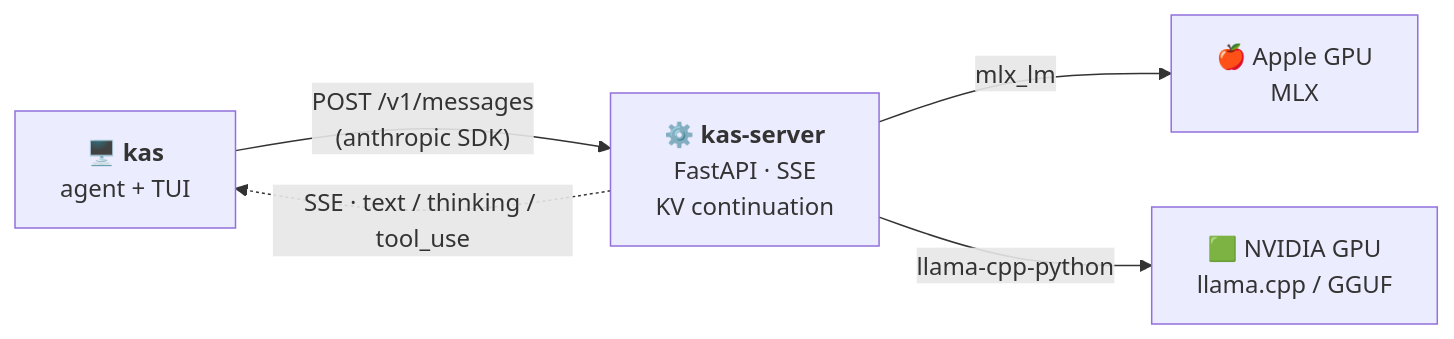
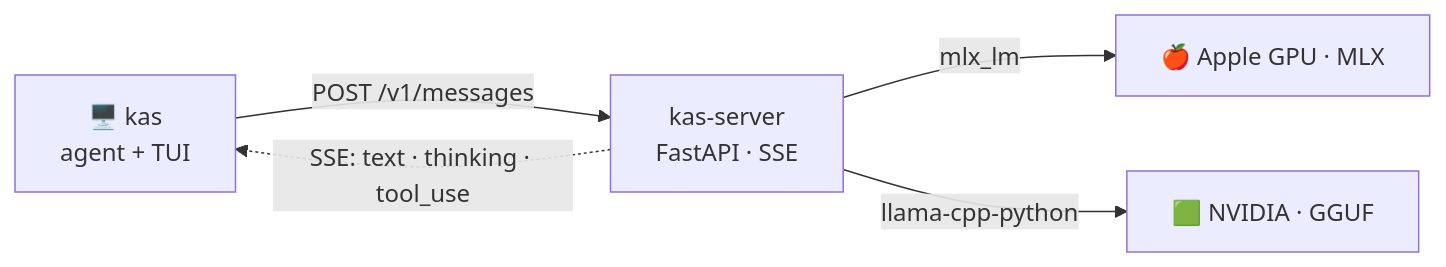
The diagram in README.md (quantumwake/kascode), drawn with Mermaid before and after one commit. The commit also changed other lines of this file and 1 other file, not shown here.

````diff
--- a/README.md
+++ b/README.md
@@ -25,11 +15,7 @@
 ```mermaid
 flowchart LR
-    kas["🖥️ <b>kas</b><br/>agent + TUI"]
-    srv["⚙️ <b>kas-server</b><br/>FastAPI · SSE<br/>KV continuation"]
-    apple["🍎 Apple GPU<br/>MLX"]
-    nvidia["🟩 NVIDIA GPU<br/>llama.cpp / GGUF"]
-    kas -->|"POST /v1/messages<br/>(anthropic SDK)"| srv
-    srv -->|"mlx_lm"| apple
-    srv -->|"llama-cpp-python"| nvidia
-    srv -.->|"SSE · text / thinking / tool_use"| kas
+    kas["🖥️ kas<br/>agent + TUI"] -->|"POST /v1/messages"| srv["kas-server<br/>FastAPI · SSE"]
+    srv -->|"mlx_lm"| apple["🍎 Apple GPU · MLX"]
+    srv -->|"llama-cpp-python"| nvidia["🟩 NVIDIA · GGUF"]
+    srv -.->|"SSE: text · thinking · tool_use"| kas
 ```
````
